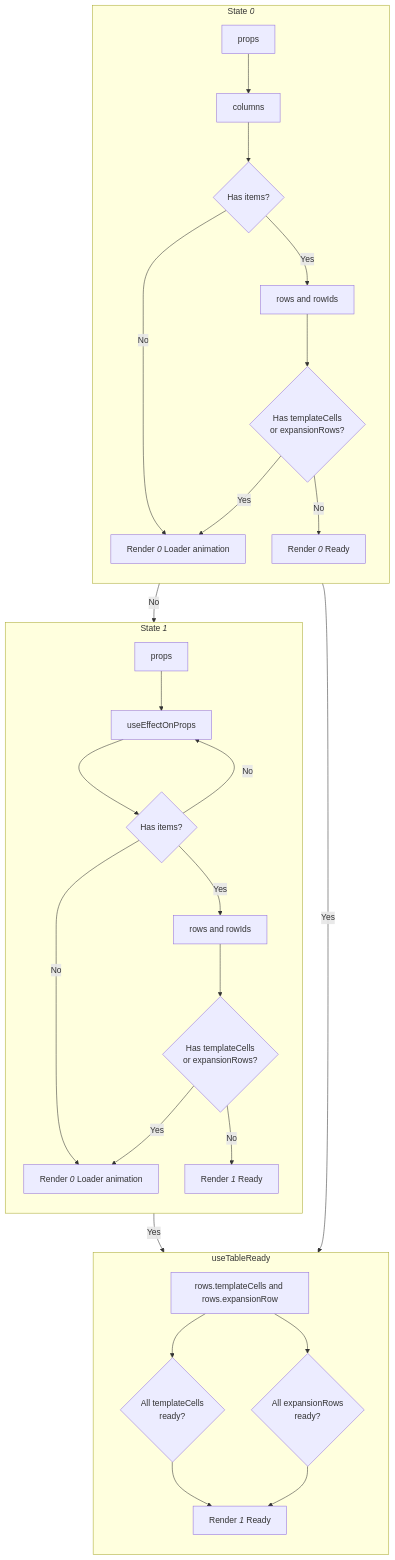
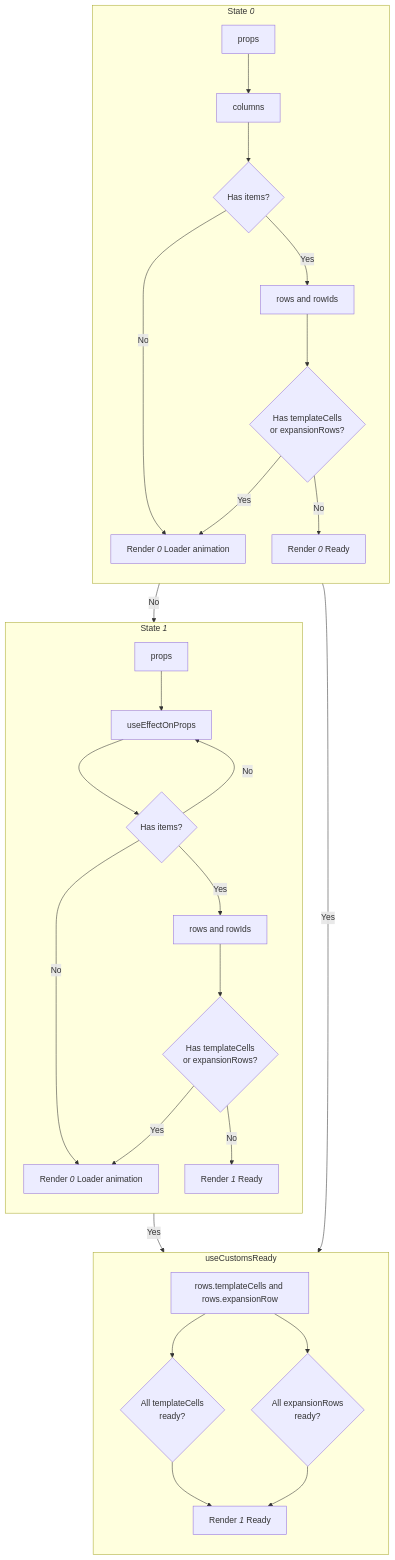
One commit to rolderdev/rolder-kit changed the second of 2 diagrams in packages/components/ui/mantine/dataDisplay/table/v2.0.0/README.md. Above: the diagram before and after it, drawn with Mermaid. The commit also changed other lines of this file and 69 other files, not shown here.

````diff
--- a/packages/components/ui/mantine/dataDisplay/table/v2.0.0/README.md
+++ b/packages/components/ui/mantine/dataDisplay/table/v2.0.0/README.md
@@ -49,39 +65,39 @@
 ```mermaid
 flowchart TB
   subgraph stateA["`State *0*`"]
     direction TB
     propsA[props] --> storeA[columns]
     storeA --> hasItemsA
     hasItemsA{Has items?}
     hasItemsA -->|Yes| storeB[rows and rowIds]
     storeB --> hasCustomsA{Has templateCells
     or expansionRows?}
     hasCustomsA -->|Yes| renderA["`Render *0* Loader animation`"]
     hasItemsA -->|No| renderA["`Render *0* Loader animation`"]
     hasCustomsA -->|No| renderB["`Render *0* Ready`"]
   end
-  hasCustomsA -->|Yes| useTableReadyA
+  hasCustomsA -->|Yes| useCustomsReadyA
   hasItemsA -->|No| useEffectOnPropsA[useEffectOnProps]
   subgraph stateB["`State *1*`"]
     direction TB
     propsB[props] --> useEffectOnPropsA
     useEffectOnPropsA --> hasItemsB{Has items?}
     hasItemsB -->|No| useEffectOnPropsA
     hasItemsB -->|No| renderC["`Render *0* Loader animation`"]
     hasItemsB -->|Yes| storeC[rows and rowIds]
     storeC --> hasCustomsB{Has templateCells
     or expansionRows?}
     hasCustomsB -->|Yes| renderC["`Render *0* Loader animation`"]
     hasCustomsB -->|No| renderD["`Render *1* Ready`"]
   end
-  hasCustomsB -->|Yes| useTableReadyA
-  subgraph useTableReadyA[useTableReady]
+  hasCustomsB -->|Yes| useCustomsReadyA
+  subgraph useCustomsReadyA[useCustomsReady]
     direction TB
     storeD[rows.templateCells and rows.expansionRow] --> allTemplateCellsA{All templateCells
     ready?}
     storeD[rows.templateCells and rows.expansionRow] --> allExpansionRowsA{All expansionRows
     ready?}
     allTemplateCellsA --> renderE["`Render *1* Ready`"]
     allExpansionRowsA --> renderE["`Render *1* Ready`"]
   end
 ```
````
